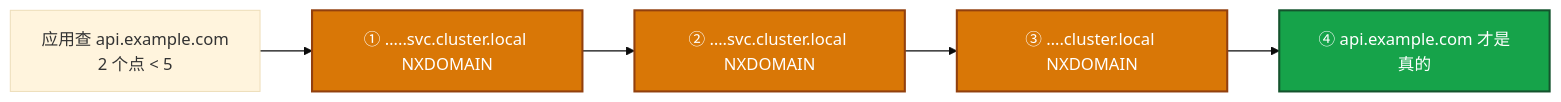
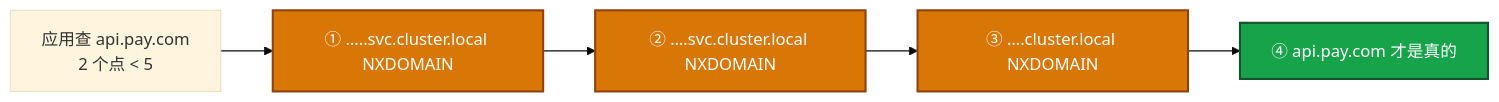
The third of 4 diagrams in 04-Kubernetes/09-CoreDNS/知识点.md (ml-cuizijun/LearnToLilith), drawn with Mermaid (base theme) before and after one commit. The commit also changed other lines of this file and 107 other files, not shown here.

````diff
--- a/04-Kubernetes/09-CoreDNS/知识点.md
+++ b/04-Kubernetes/09-CoreDNS/知识点.md
@@ -162,12 +246,12 @@
 ```mermaid
 flowchart LR
-    A["应用查 api.example.com<br/>2 个点 < 5"] --> B["① ….<ns>.svc.cluster.local NXDOMAIN"]
+    A["应用查 api.pay.com<br/>2 个点 < 5"] --> B["① ….<ns>.svc.cluster.local NXDOMAIN"]
     B --> C["② ….svc.cluster.local NXDOMAIN"]
     C --> D["③ ….cluster.local NXDOMAIN"]
-    D --> E["④ api.example.com 才是真的"]
+    D --> E["④ api.pay.com 才是真的"]
 
     classDef bad fill:#D97706,stroke:#92400E,stroke-width:2px,color:#fff
     classDef ok fill:#16A34A,stroke:#14532D,stroke-width:2px,color:#fff
     class B,C,D bad
     class E ok
 ```
````
